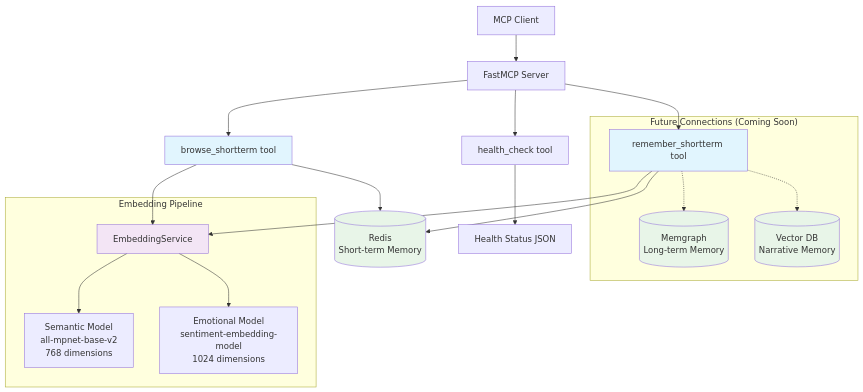
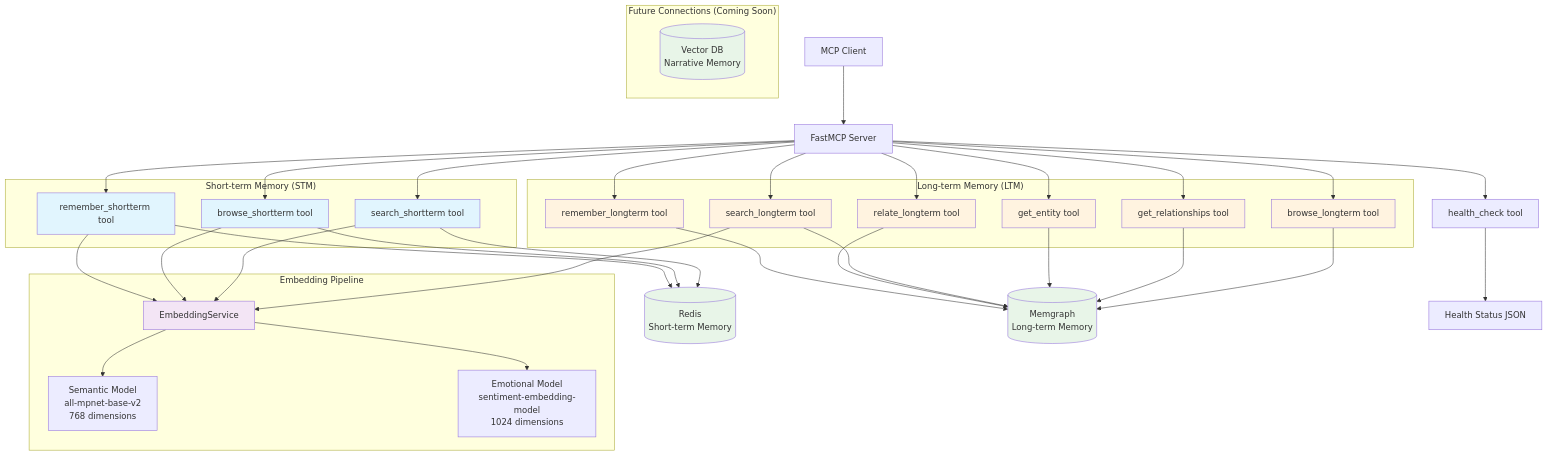
Before and after one commit to jefferyharrell/alpha_recall: the diagram in CLAUDE.md, drawn with Mermaid. The commit also changed other lines of this file and 9 other files, not shown here.

````diff
--- a/CLAUDE.md
+++ b/CLAUDE.md
@@ -131,36 +131,74 @@
 ```mermaid
 graph TD
     Client[MCP Client] --> Server[FastMCP Server]
 
     Server --> Health[health_check tool]
-    Server --> Memory[remember_shortterm tool]
-    Server --> Browse[browse_shortterm tool]
+    Server --> STMMemory[remember_shortterm tool]
+    Server --> STMBrowse[browse_shortterm tool]
+    Server --> STMSearch[search_shortterm tool]
+    Server --> LTMMemory[remember_longterm tool]
+    Server --> LTMRelate[relate_longterm tool]
+    Server --> LTMSearch[search_longterm tool]
+    Server --> LTMGetEntity[get_entity tool]
+    Server --> LTMGetRel[get_relationships tool]
+    Server --> LTMBrowse[browse_longterm tool]
 
-    Memory --> EmbedSvc[EmbeddingService]
-    Browse --> EmbedSvc
+    STMMemory --> EmbedSvc[EmbeddingService]
+    STMBrowse --> EmbedSvc
+    STMSearch --> EmbedSvc
+    LTMSearch --> EmbedSvc
     EmbedSvc --> Semantic[Semantic Model<br/>all-mpnet-base-v2<br/>768 dimensions]
     EmbedSvc --> Emotional[Emotional Model<br/>sentiment-embedding-model<br/>1024 dimensions]
 
-    Memory --> Redis[(Redis<br/>Short-term Memory)]
-    Browse --> Redis
+    STMMemory --> Redis[(Redis<br/>Short-term Memory)]
+    STMBrowse --> Redis
+    STMSearch --> Redis
+
+    LTMMemory --> Memgraph[(Memgraph<br/>Long-term Memory)]
+    LTMRelate --> Memgraph
+    LTMSearch --> Memgraph
+    LTMGetEntity --> Memgraph
+    LTMGetRel --> Memgraph
+    LTMBrowse --> Memgraph
 
     Health --> Status[Health Status JSON]
 
     subgraph "Future Connections (Coming Soon)"
-        Memory -.-> Memgraph[(Memgraph<br/>Long-term Memory)]
-        Memory -.-> Vector[(Vector DB<br/>Narrative Memory)]
+        Vector[(Vector DB<br/>Narrative Memory)]
     end
 
     subgraph "Embedding Pipeline"
         EmbedSvc
         Semantic
         Emotional
     end
 
-    style Memory fill:#e1f5fe
-    style Browse fill:#e1f5fe
+    subgraph "Short-term Memory (STM)"
+        STMMemory
+        STMBrowse
+        STMSearch
+    end
+
+    subgraph "Long-term Memory (LTM)"
+        LTMMemory
+        LTMRelate
+        LTMSearch
+        LTMGetEntity
+        LTMGetRel
+        LTMBrowse
+    end
+
+    style STMMemory fill:#e1f5fe
+    style STMBrowse fill:#e1f5fe
+    style STMSearch fill:#e1f5fe
+    style LTMMemory fill:#fff3e0
+    style LTMRelate fill:#fff3e0
+    style LTMSearch fill:#fff3e0
+    style LTMGetEntity fill:#fff3e0
+    style LTMGetRel fill:#fff3e0
+    style LTMBrowse fill:#fff3e0
     style EmbedSvc fill:#f3e5f5
     style Redis fill:#e8f5e8
     style Memgraph fill:#e8f5e8
     style Vector fill:#e8f5e8
 ```
````
